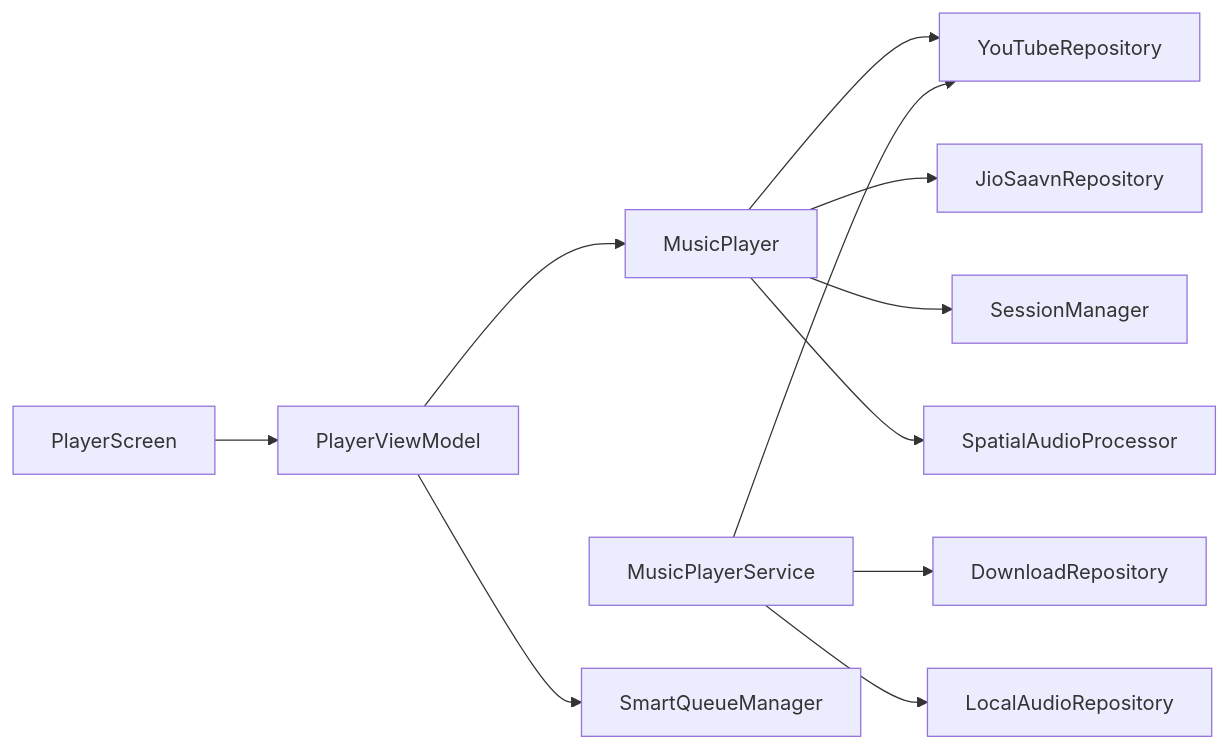
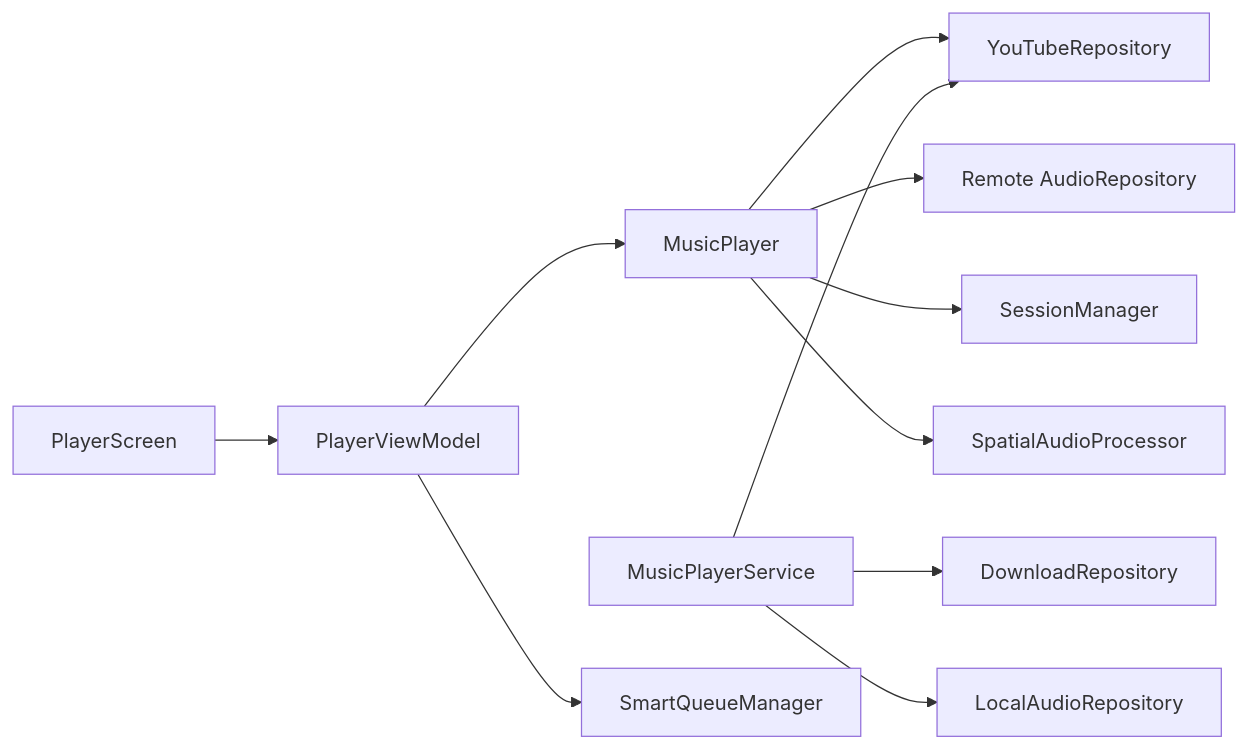
One commit to suvojeet-sengupta/SuvMusic changed the tenth of 10 diagrams in docs/Music Playback System/Music Playback System.md. Above: the diagram before and after it, drawn with Mermaid. The commit also changed other lines of this file and 32 other files, not shown here.

````diff
--- a/docs/Music Playback System/Music Playback System.md
+++ b/docs/Music Playback System/Music Playback System.md
@@ -359,13 +359,13 @@
 ```mermaid
 graph LR
 MP["MusicPlayer"] --> Repo1["YouTubeRepository"]
-MP --> Repo2["JioSaavnRepository"]
+MP --> Repo2["Remote AudioRepository"]
 MP --> SM["SessionManager"]
 MP --> SAP["SpatialAudioProcessor"]
 MPS["MusicPlayerService"] --> Repo1
 MPS --> DLRepo["DownloadRepository"]
 MPS --> LARepo["LocalAudioRepository"]
 VM["PlayerViewModel"] --> MP
 VM --> SQM["SmartQueueManager"]
 PS["PlayerScreen"] --> VM
 ```
````
